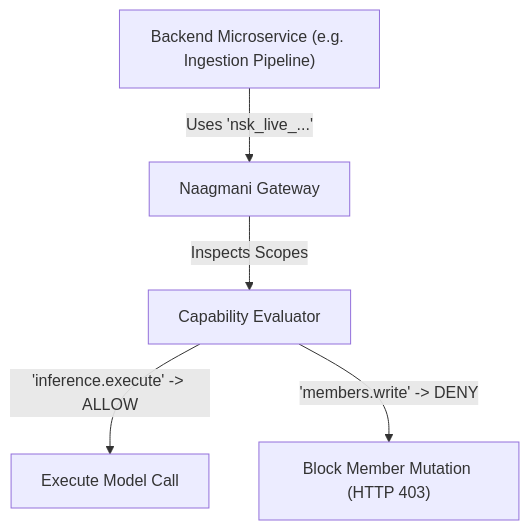
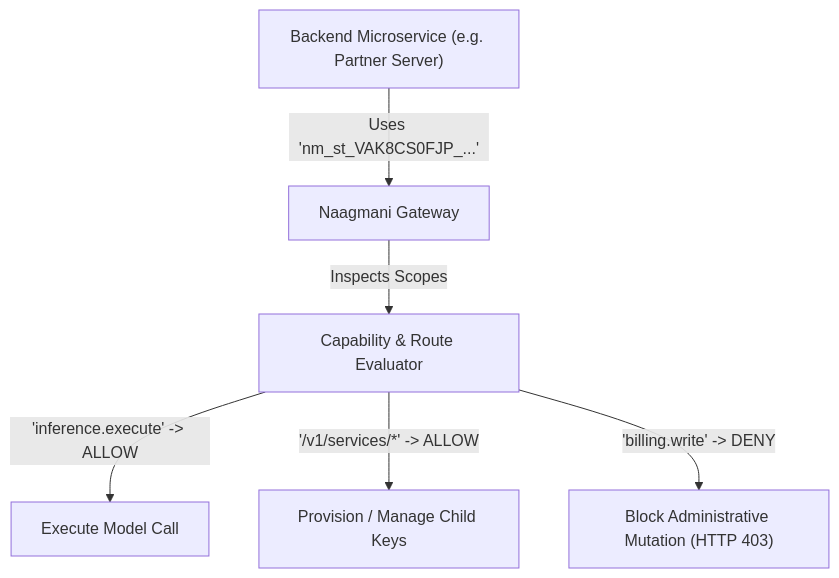
Before and after one commit to bhakha-services/naagmani-docs: the first of 2 diagrams in docs/developer-portal/projects/service-tokens.md, drawn with Mermaid. The commit also changed other lines of this file and 8 other files, not shown here.

First line of the commit message:
docs(service-tokens): unify Developer Portal Project Service Tokens and B2B Partner Gateway

````diff
--- a/docs/developer-portal/projects/service-tokens.md
+++ b/docs/developer-portal/projects/service-tokens.md
@@ -14,8 +15,9 @@
 ```mermaid
 graph TD
-    Service["Backend Microservice (e.g. Ingestion Pipeline)"]
-    Service -->|Uses 'nsk_live_...'| Gateway["Naagmani Gateway"]
-    Gateway -->|Inspects Scopes| Authz["Capability Evaluator"]
+    Service["Backend Microservice (e.g. Partner Server)"]
+    Service -->|Uses 'nm_st_VAK8CS0FJP_...'| Gateway["Naagmani Gateway"]
+    Gateway -->|Inspects Scopes| Authz["Capability & Route Evaluator"]
     Authz -->|'inference.execute' -> ALLOW| RunInference["Execute Model Call"]
-    Authz -->|'members.write' -> DENY| BlockAdmin["Block Member Mutation (HTTP 403)"]
+    Authz -->|'/v1/services/*' -> ALLOW| PartnerGateway["Provision / Manage Child Keys"]
+    Authz -->|'billing.write' -> DENY| BlockAdmin["Block Administrative Mutation (HTTP 403)"]
 ```
````
